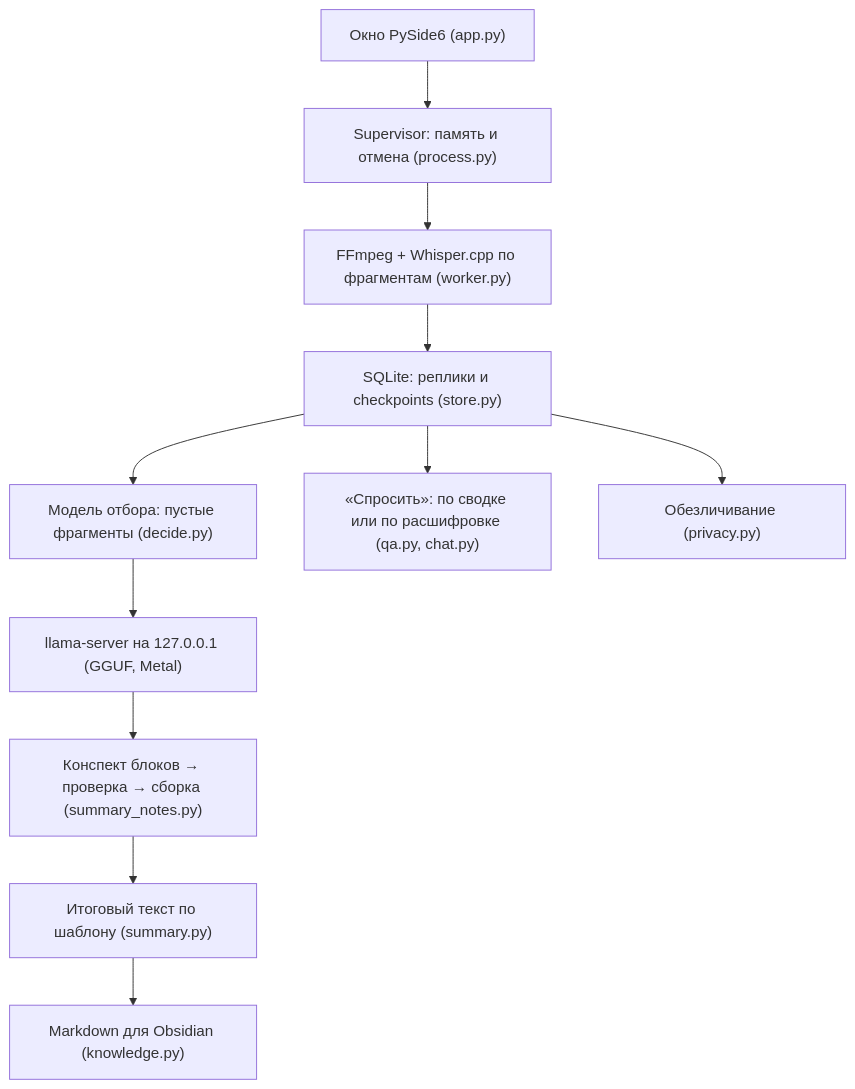
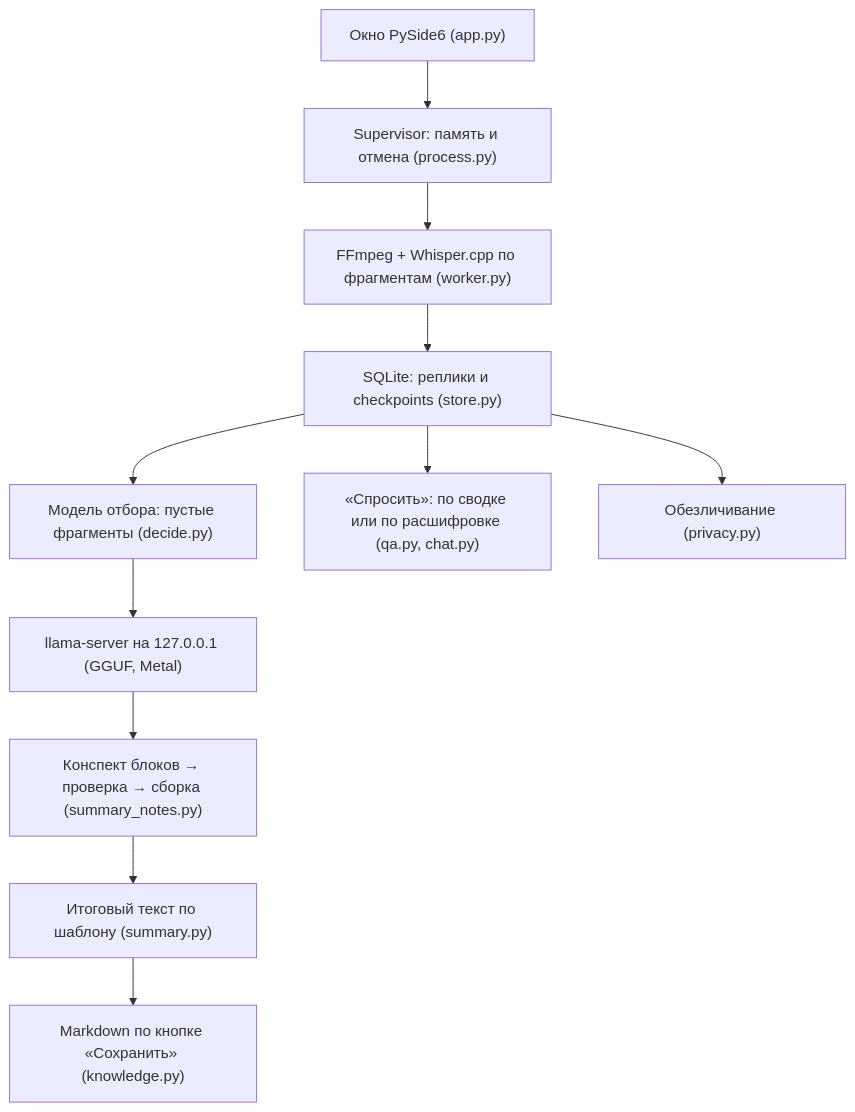
One commit to Igibaev/samarizator changed the diagram in docs/architecture.md. Above: the diagram before and after it, drawn with Mermaid. The commit also changed other lines of this file and 30 other files, not shown here.

````diff
--- a/docs/architecture.md
+++ b/docs/architecture.md
@@ -3,13 +3,13 @@
 ```mermaid
 flowchart TD
     UI["Окно PySide6 (app.py)"] --> W["Supervisor: память и отмена (process.py)"]
     W --> A["FFmpeg + Whisper.cpp по фрагментам (worker.py)"]
     A --> DB["SQLite: реплики и checkpoints (store.py)"]
     DB --> D["Модель отбора: пустые фрагменты (decide.py)"]
     D --> C["llama-server на 127.0.0.1 (GGUF, Metal)"]
     C --> N["Конспект блоков → проверка → сборка (summary_notes.py)"]
     N --> F["Итоговый текст по шаблону (summary.py)"]
-    F --> KB["Markdown для Obsidian (knowledge.py)"]
+    F --> KB["Markdown по кнопке «Сохранить» (knowledge.py)"]
     DB --> Q["«Спросить»: по сводке или по расшифровке (qa.py, chat.py)"]
     DB --> P["Обезличивание (privacy.py)"]
 ```
````
